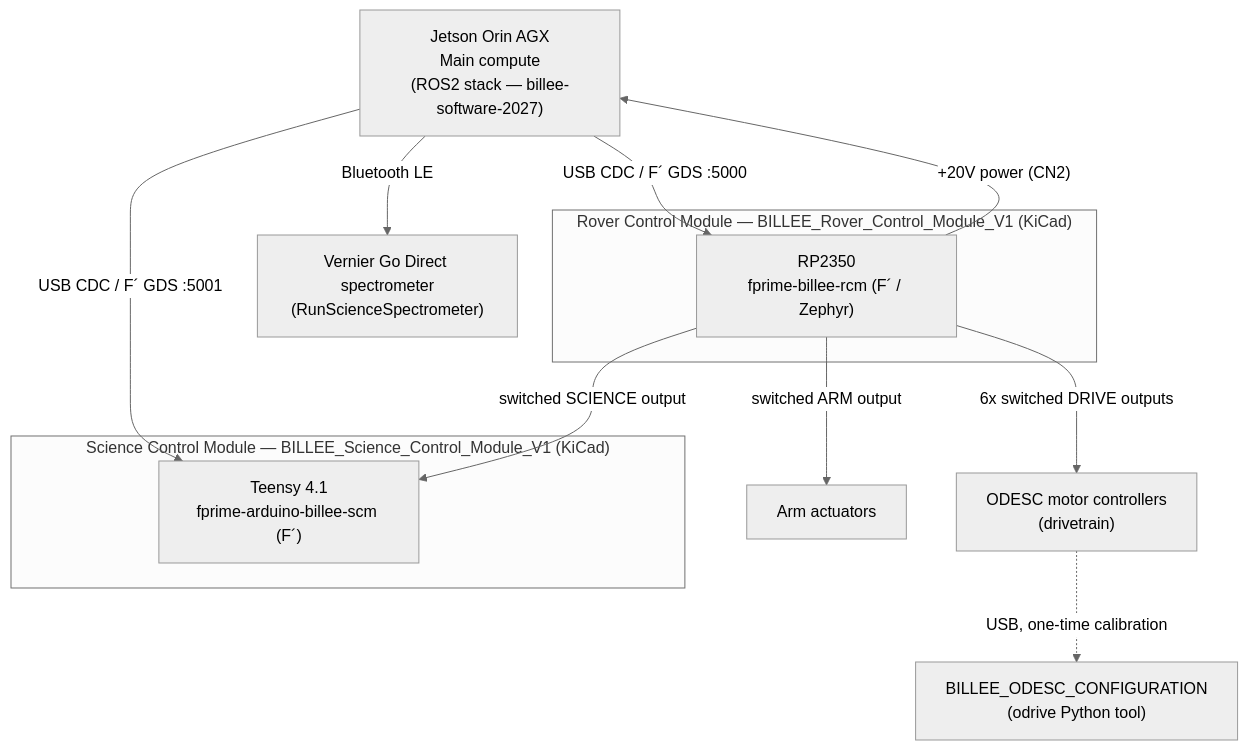
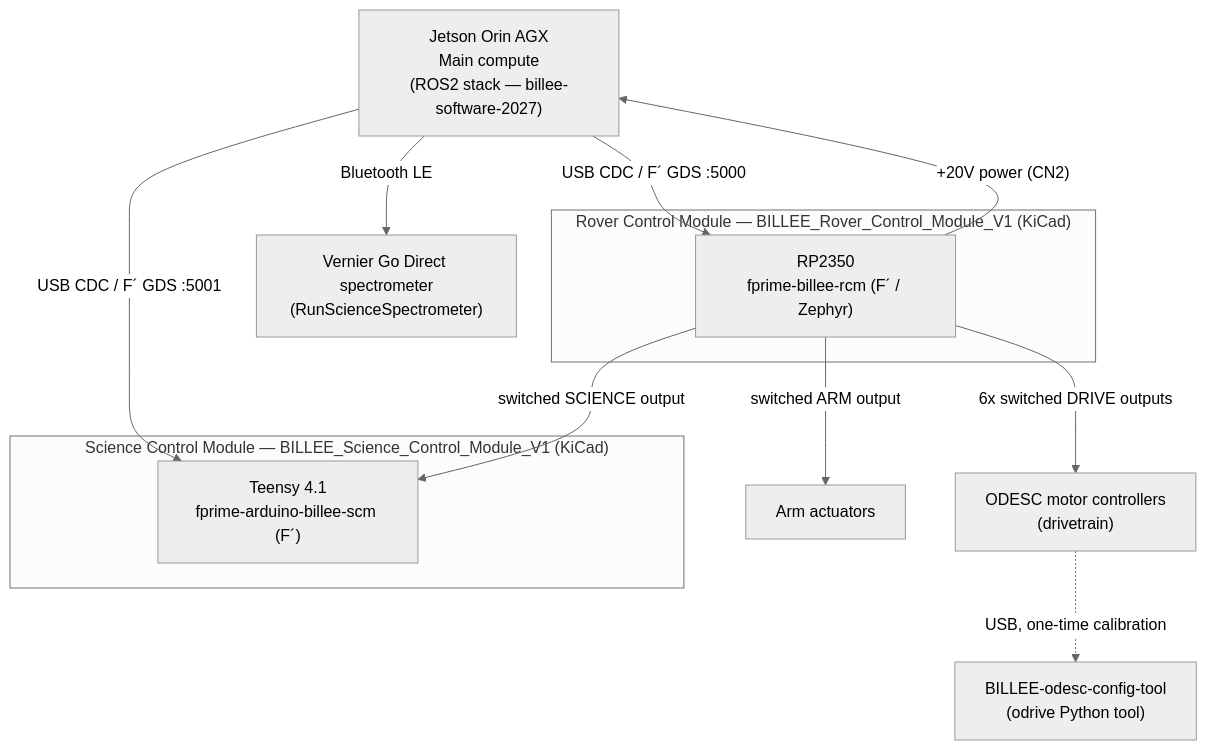
Before and after one commit to BILLEE-BroncoSTAR/billee-hardware-2027: the first of 3 diagrams in README.md, drawn with Mermaid (neutral theme). The commit also changed other lines of this file, not shown here.

````diff
--- a/README.md
+++ b/README.md
@@ -51,23 +51,23 @@
 ```mermaid
 flowchart TB
     Jetson["Jetson Orin AGX<br/>Main compute<br/>(ROS2 stack — billee-software-2027)"]
 
     subgraph RCM["Rover Control Module — BILLEE_Rover_Control_Module_V1 (KiCad)"]
         RCM_FW["RP2350<br/>fprime-billee-rcm (F´ / Zephyr)"]
     end
 
     subgraph SCM["Science Control Module — BILLEE_Science_Control_Module_V1 (KiCad)"]
         SCM_FW["Teensy 4.1<br/>fprime-arduino-billee-scm (F´)"]
     end
 
     RCM_FW -- "+20V power (CN2)" --> Jetson
     Jetson -- "USB CDC / F´ GDS :5000" --> RCM_FW
     Jetson -- "USB CDC / F´ GDS :5001" --> SCM_FW
     Jetson -- "Bluetooth LE" --> SPEC["Vernier Go Direct spectrometer<br/>(RunScienceSpectrometer)"]
 
     RCM_FW -- "6x switched DRIVE outputs" --> ODESC["ODESC motor controllers<br/>(drivetrain)"]
     RCM_FW -- "switched ARM output" --> ARM["Arm actuators"]
     RCM_FW -- "switched SCIENCE output" --> SCM_FW
 
-    ODESC -. "USB, one-time calibration" .-> TOOL["BILLEE_ODESC_CONFIGURATION<br/>(odrive Python tool)"]
+    ODESC -. "USB, one-time calibration" .-> TOOL["BILLEE-odesc-config-tool<br/>(odrive Python tool)"]
 ```
````
